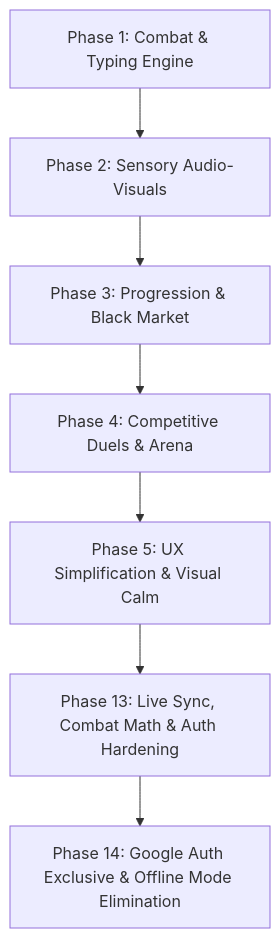
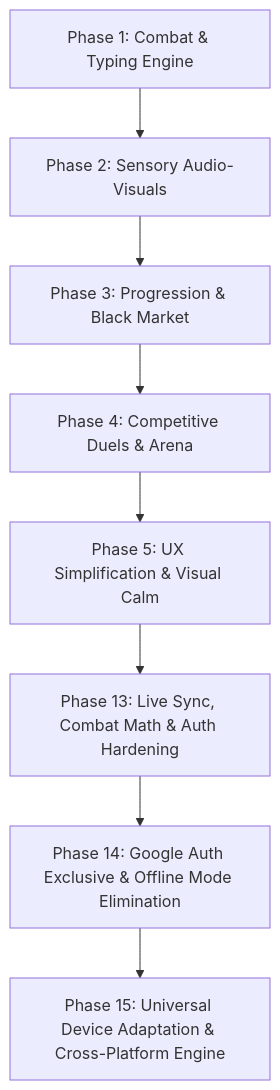
The diagram in .gsd/ROADMAP.md (NathanP278/speedtype), drawn with Mermaid before and after one commit. The commit also changed other lines of this file and 8 other files, not shown here.

Commit message:
feat(15-1): implement anti-spoof hardware & device probing engine with DeviceBadge

````diff
--- a/.gsd/ROADMAP.md
+++ b/.gsd/ROADMAP.md
@@ -49,9 +55,10 @@
 ```mermaid
 flowchart TD
     P1["Phase 1: Combat & Typing Engine"] --> P2["Phase 2: Sensory Audio-Visuals"]
     P2 --> P3["Phase 3: Progression & Black Market"]
     P3 --> P4["Phase 4: Competitive Duels & Arena"]
     P4 --> P5["Phase 5: UX Simplification & Visual Calm"]
     P5 --> P13["Phase 13: Live Sync, Combat Math & Auth Hardening"]
     P13 --> P14["Phase 14: Google Auth Exclusive & Offline Mode Elimination"]
+    P14 --> P15["Phase 15: Universal Device Adaptation & Cross-Platform Engine"]
 ```
````
